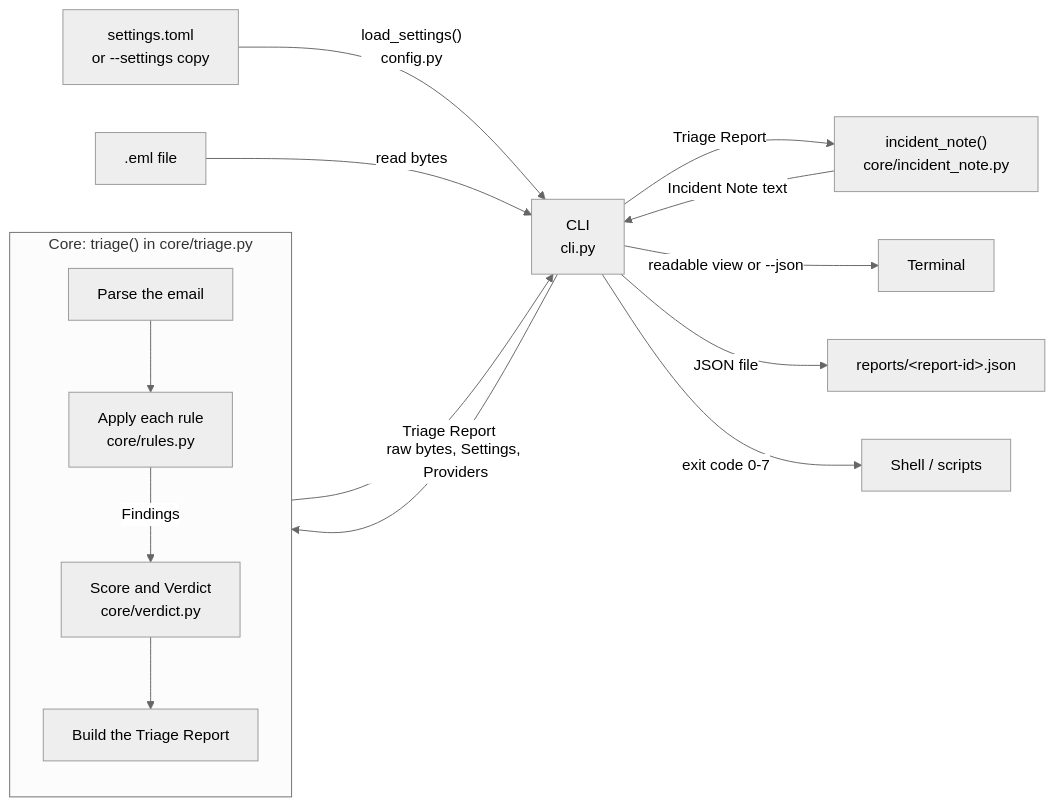
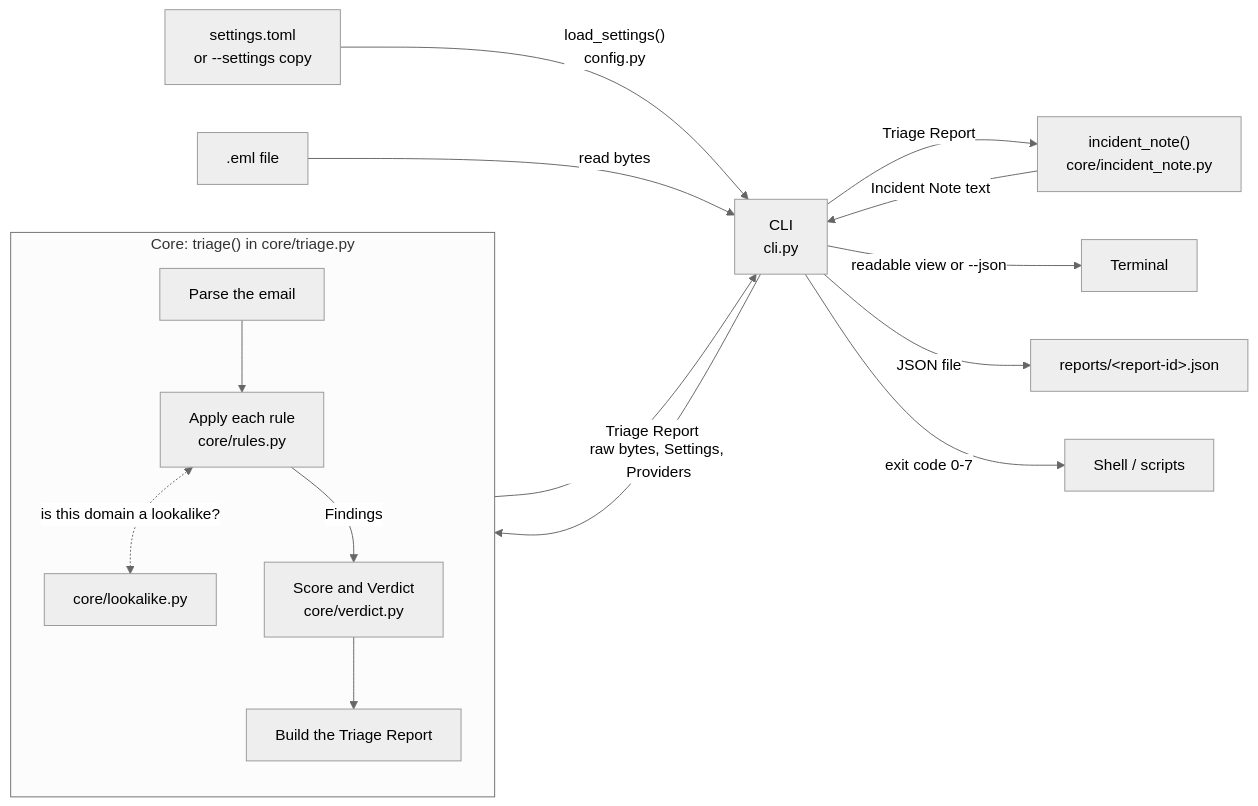
Before and after one commit to GiacomoBarry/phishing-triage: the diagram in docs/ARCHITECTURE.md, drawn with Mermaid (neutral theme). The commit also changed other lines of this file and 12 other files, not shown here.

First line of the commit message:
Add display-name impersonation and sender Lookalike Domain rules

````diff
--- a/docs/ARCHITECTURE.md
+++ b/docs/ARCHITECTURE.md
@@ -16,20 +16,21 @@
 ```mermaid
 flowchart LR
     toml["settings.toml<br/>or --settings copy"] -->|"load_settings()<br/>config.py"| cli
     file[".eml file"] -->|read bytes| cli["CLI<br/>cli.py"]
     cli -->|"raw bytes, Settings, Providers"| core
 
     subgraph core["Core: triage() in core/triage.py"]
         direction TB
         parse["Parse the email"] --> rules["Apply each rule<br/>core/rules.py"]
+        rules <-.->|"is this domain a lookalike?"| lookalike["core/lookalike.py"]
         rules -->|Findings| verdict["Score and Verdict<br/>core/verdict.py"]
         verdict --> build["Build the Triage Report"]
     end
 
     core -->|Triage Report| cli
     cli -->|Triage Report| note["incident_note()<br/>core/incident_note.py"]
     note -->|Incident Note text| cli
     cli -->|readable view or --json| terminal["Terminal"]
     cli -->|JSON file| reports["reports/&lt;report-id&gt;.json"]
     cli -->|exit code 0-7| shell["Shell / scripts"]
 ```
````
